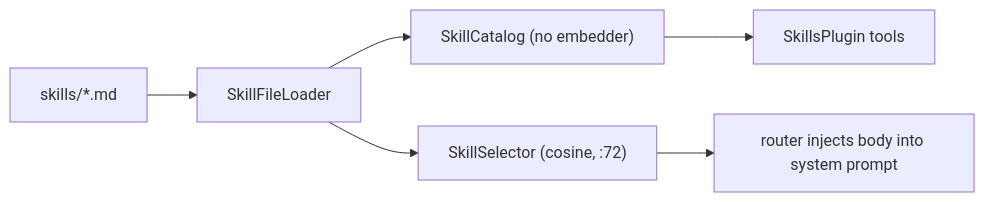
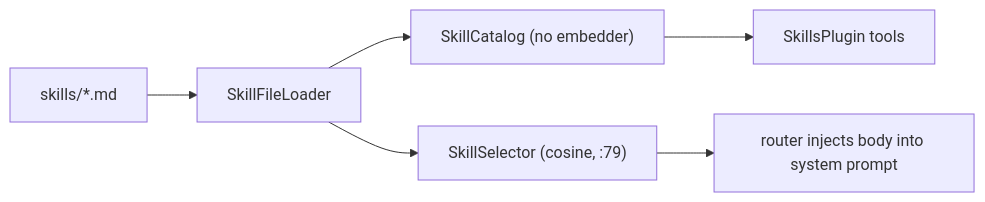
One commit to vitorafgomes/scout changed the diagram in vault/pages/services/skills.md. Above: the diagram before and after it, drawn with Mermaid. The commit also changed other lines of this file and 13 other files, not shown here.

````diff
--- a/vault/pages/services/skills.md
+++ b/vault/pages/services/skills.md
@@ -38,8 +38,8 @@
 ```mermaid
 flowchart LR
     f["skills/*.md"] --> l["SkillFileLoader"]
     l --> cat["SkillCatalog (no embedder)"]
-    l --> sel["SkillSelector (cosine, :72)"]
+    l --> sel["SkillSelector (cosine, :79)"]
     cat --> pl["SkillsPlugin tools"]
     sel --> rt["router injects body into system prompt"]
 ```
````
